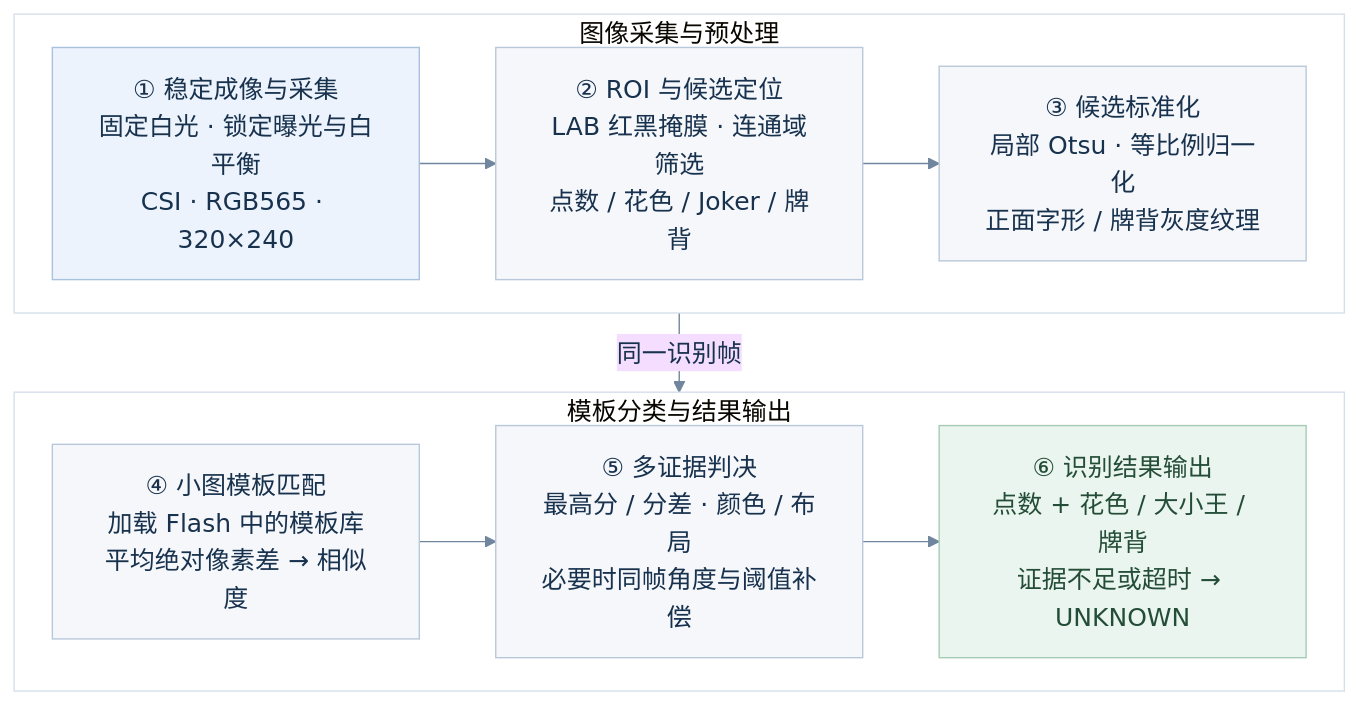
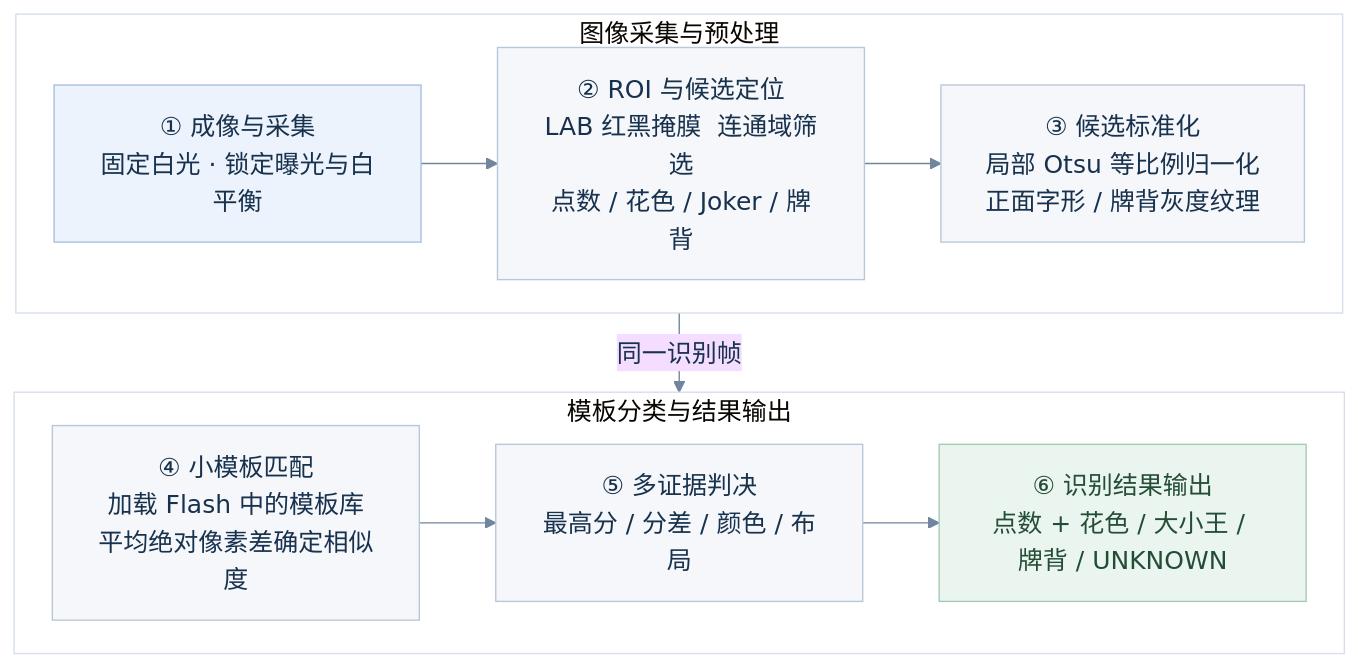
One commit to psh25/Poker changed the diagram in 3.1hybrid/图像识别系统技术路径.md. Above: the diagram before and after it, drawn with Mermaid.

Commit message:
last commit

````diff
--- a/3.1hybrid/图像识别系统技术路径.md
+++ b/3.1hybrid/图像识别系统技术路径.md
@@ -7,28 +7,28 @@
 ```mermaid
 %%{init: {"theme":"base","flowchart":{"curve":"linear","nodeSpacing":28,"rankSpacing":30,"padding":16},"themeVariables":{"fontFamily":"Microsoft YaHei, Arial","fontSize":"18px","primaryTextColor":"#18324E","lineColor":"#70869E","clusterBkg":"#FFFFFF","clusterBorder":"#D6DFEB"}}}%%
 flowchart TB
     subgraph R1[图像采集与预处理]
         direction LR
-        A["① 稳定成像与采集<br/>固定白光 · 锁定曝光与白平衡<br/>CSI · RGB565 · 320×240"]
-        B["② ROI 与候选定位<br/>LAB 红黑掩膜 · 连通域筛选<br/>点数 / 花色 / Joker / 牌背"]
-        C["③ 候选标准化<br/>局部 Otsu · 等比例归一化<br/>正面字形 / 牌背灰度纹理"]
+        A["① 成像与采集<br/>固定白光 · 锁定曝光与白平衡"]
+        B["② ROI 与候选定位<br/>LAB 红黑掩膜  连通域筛选<br/>点数 / 花色 / Joker / 牌背"]
+        C["③ 候选标准化<br/>局部 Otsu  等比例归一化<br/>正面字形 / 牌背灰度纹理"]
         A --> B --> C
     end
 
     subgraph R2[模板分类与结果输出]
         direction LR
-        D["④ 小图模板匹配<br/>加载 Flash 中的模板库<br/>平均绝对像素差 → 相似度"]
-        E["⑤ 多证据判决<br/>最高分 / 分差 · 颜色 / 布局<br/>必要时同帧角度与阈值补偿"]
-        F["⑥ 识别结果输出<br/>点数 + 花色 / 大小王 / 牌背<br/>证据不足或超时 → UNKNOWN"]
+        D["④ 小模板匹配<br/>加载 Flash 中的模板库<br/>平均绝对像素差确定相似度"]
+        E["⑤ 多证据判决<br/>最高分 / 分差 / 颜色 / 布局<br/>"]
+        F["⑥ 识别结果输出<br/>点数 + 花色 / 大小王 / 牌背 / UNKNOWN"]
         D --> E --> F
     end
 
     R1 -->|同一识别帧| R2
 
     classDef input fill:#ECF3FC,stroke:#A8C1DF,color:#18324E;
     classDef process fill:#F5F7FB,stroke:#B8C8DA,color:#18324E;
     classDef output fill:#EAF5EF,stroke:#A6CBB5,color:#244D37;
     class A input;
     class B,C,D,E process;
     class F output;
 ```
````
